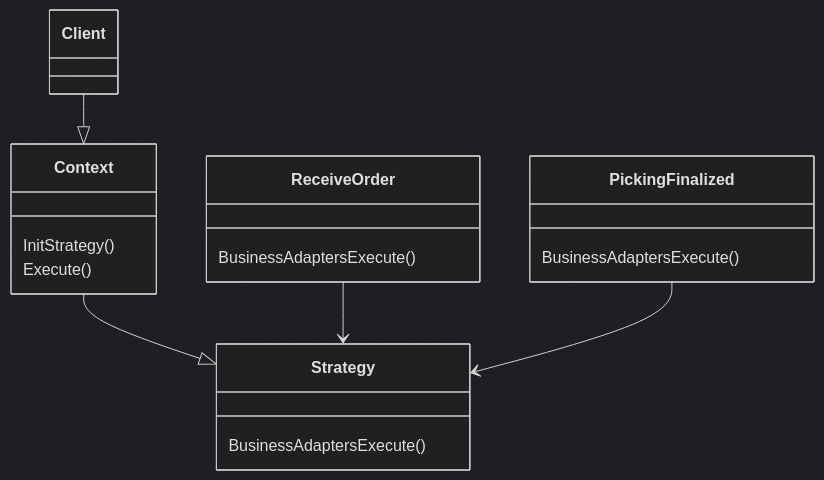
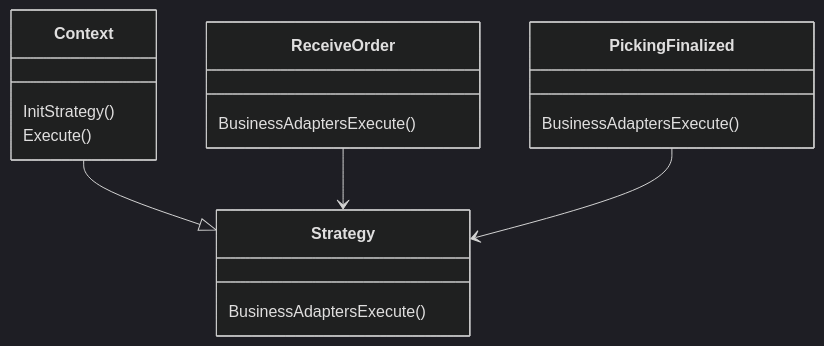
Before and after one commit to bcarrasquel/strategy-fulfillment-flow: the diagram in README.md, drawn with Mermaid (dark theme). The commit also changed 9 other files, not shown here.

````diff
--- a/README.md
+++ b/README.md
@@ -14,12 +14,11 @@
 ```mermaid
 classDiagram
-Client --|> Context
 Context --|> Strategy
 Context : InitStrategy()
 Context : Execute()
 Strategy : BusinessAdaptersExecute()
 ReceiveOrder --> Strategy
 ReceiveOrder : BusinessAdaptersExecute()
 PickingFinalized --> Strategy
 PickingFinalized : BusinessAdaptersExecute()
 ```
````
